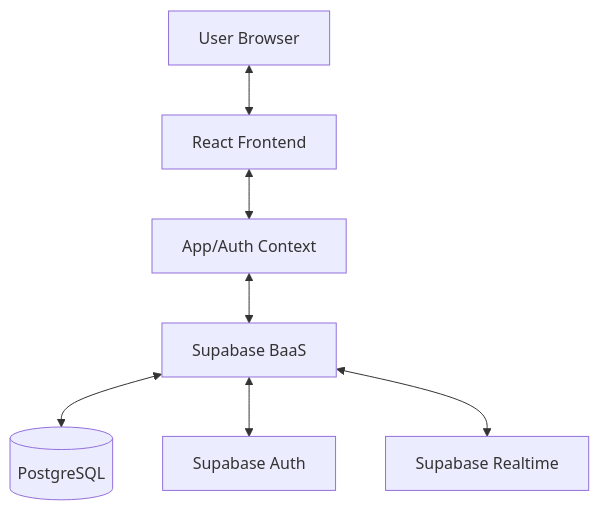
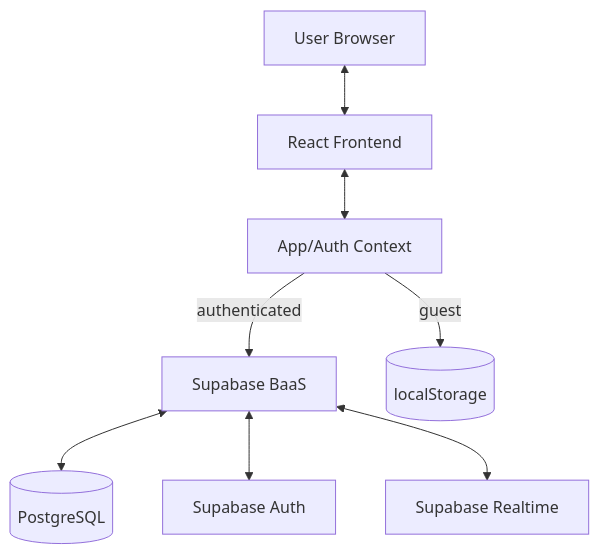
The diagram in docs/architecture.md (itsang89/SquareOne), drawn with Mermaid before and after one commit. The commit also changed other lines of this file and 8 other files, not shown here.

````diff
--- a/docs/architecture.md
+++ b/docs/architecture.md
@@ -9,17 +9,19 @@
 ```mermaid
 graph TD
     User[User Browser]
     React[React Frontend]
     Context[App/Auth Context]
     Supabase[Supabase BaaS]
     DB[(PostgreSQL)]
     Auth[Supabase Auth]
     Realtime[Supabase Realtime]
+    LS[(localStorage)]
 
     User <--> React
     React <--> Context
-    Context <--> Supabase
+    Context -- authenticated --> Supabase
+    Context -- guest --> LS
     Supabase <--> DB
     Supabase <--> Auth
     Supabase <--> Realtime
 ```
````
